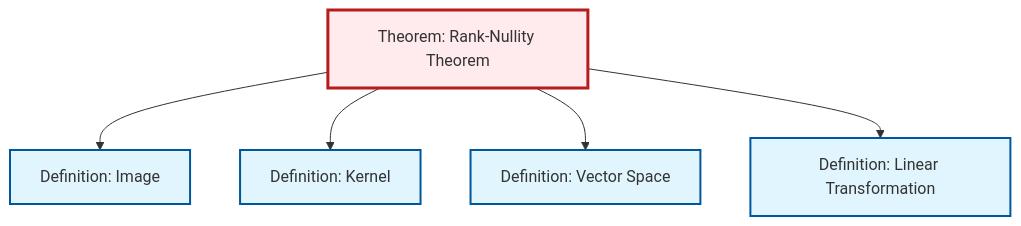
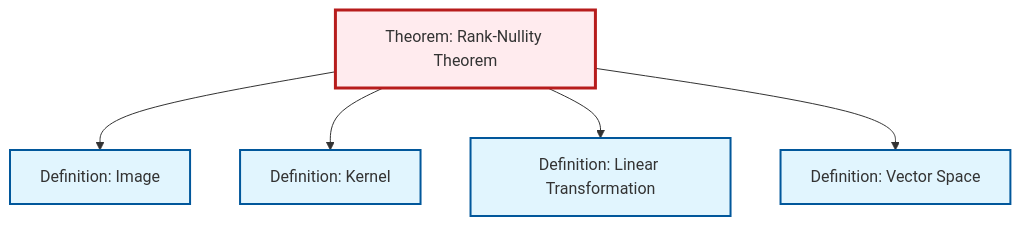
Before and after one commit to RK0429/ModernMath: the diagram in content/en/algebra/thm-rank-nullity.qmd, drawn with Mermaid. The commit also changed other lines of this file and 554 other files, not shown here.

````diff
--- a/content/en/algebra/thm-rank-nullity.qmd
+++ b/content/en/algebra/thm-rank-nullity.qmd
@@ -55,23 +55,23 @@
 ```{mermaid}
 %%| fig-cap: "Local dependency graph"
 graph TD
     classDef definition fill:#e1f5fe,stroke:#01579b,stroke-width:2px
     classDef theorem fill:#f3e5f5,stroke:#4a148c,stroke-width:2px
     classDef axiom fill:#fff3e0,stroke:#e65100,stroke-width:2px
     classDef example fill:#e8f5e9,stroke:#1b5e20,stroke-width:2px
     classDef current fill:#ffebee,stroke:#b71c1c,stroke-width:3px
+    def-vector-space["Definition: Vector Space"]:::definition
+    thm-rank-nullity["Theorem: Rank-Nullity Theorem"]:::theorem
+    def-kernel["Definition: Kernel"]:::definition
     def-image["Definition: Image"]:::definition
-    thm-rank-nullity["Theorem: Rank-Nullity Theorem"]:::theorem
     def-linear-transformation["Definition: Linear Transformation"]:::definition
-    def-vector-space["Definition: Vector Space"]:::definition
-    def-kernel["Definition: Kernel"]:::definition
     thm-rank-nullity --> def-image
     thm-rank-nullity --> def-kernel
+    thm-rank-nullity --> def-linear-transformation
     thm-rank-nullity --> def-vector-space
-    thm-rank-nullity --> def-linear-transformation
     class thm-rank-nullity current
+    click def-vector-space "def-vector-space.html" "Go to Vector Space definition"
+    click def-kernel "def-kernel.html" "Go to Kernel definition"
     click def-image "def-image.html" "Go to Image definition"
     click def-linear-transformation "def-linear-transformation.html" "Go to Linear Transformation definition"
-    click def-vector-space "def-vector-space.html" "Go to Vector Space definition"
-    click def-kernel "def-kernel.html" "Go to Kernel definition"
 ```
````
